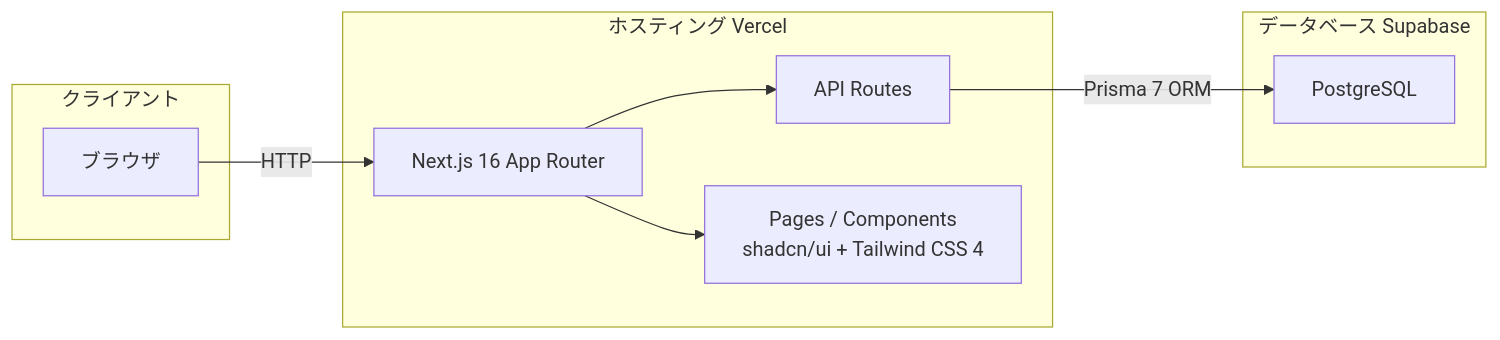
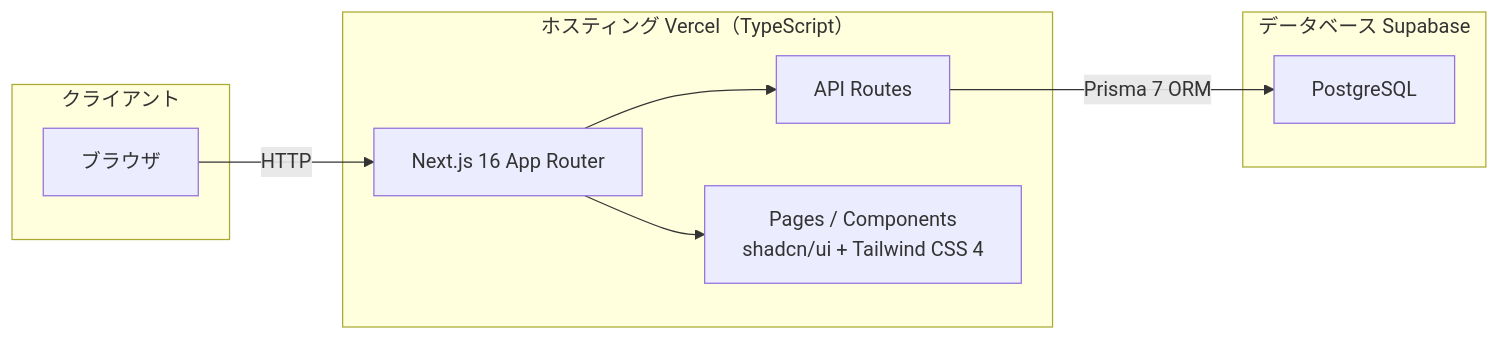
One commit to kyotakata/mochiyori changed the first of 2 diagrams in README.md. Above: the diagram before and after it, drawn with Mermaid.

Commit message:
README: システム構成図にTypeScriptを追記

````diff
--- a/README.md
+++ b/README.md
@@ -34,21 +34,21 @@
 ```mermaid
 flowchart LR
     subgraph Client["クライアント"]
         Browser[ブラウザ]
     end
 
-    subgraph Hosting["ホスティング Vercel"]
+    subgraph Hosting["ホスティング Vercel（TypeScript）"]
         Next[Next.js 16 App Router]
         API[API Routes]
         Pages[Pages / Components<br/>shadcn/ui + Tailwind CSS 4]
     end
 
     subgraph Storage["データベース Supabase"]
         PG[PostgreSQL]
     end
 
     Browser -->|HTTP| Next
     Next --> API
     Next --> Pages
     API -->|Prisma 7 ORM| PG
 ```
````
